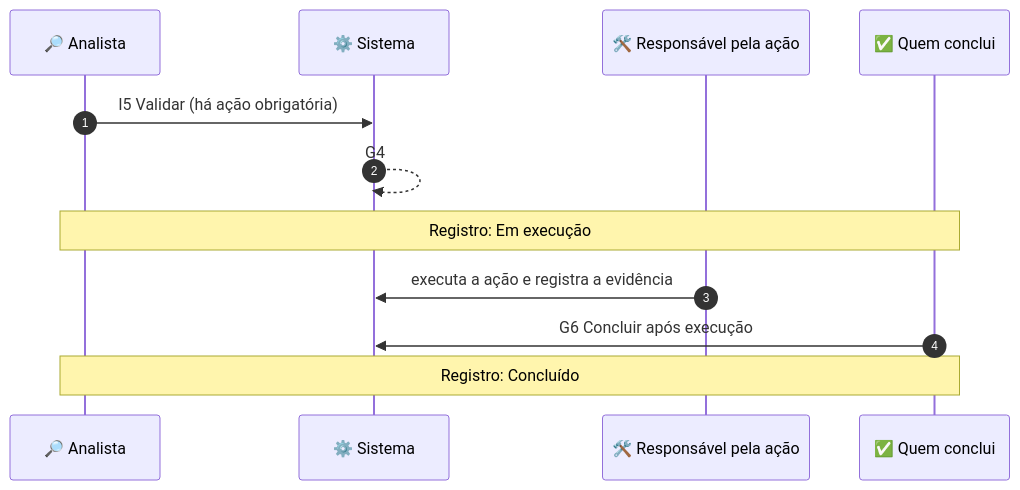
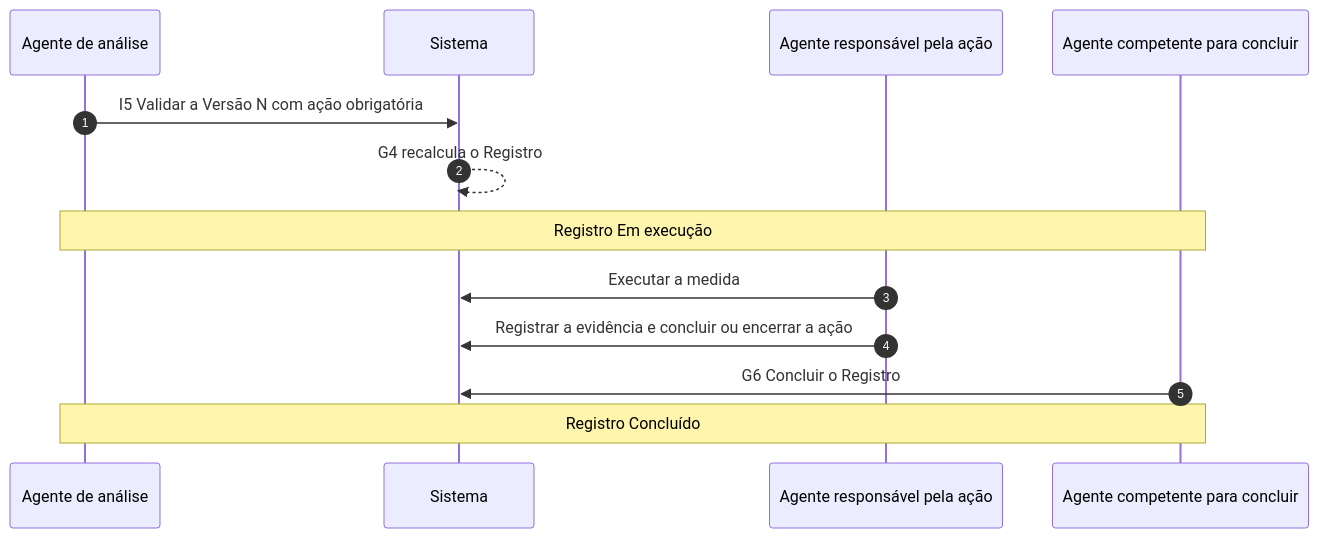
One commit to ailtonfv/governanca-lgpd-hortolandia changed the sixth of 9 diagrams in docs/arquitetura/MAPA_M1a.md. Above: the diagram before and after it, drawn with Mermaid. The commit also changed other lines of this file, not shown here.

````diff
--- a/docs/arquitetura/MAPA_M1a.md
+++ b/docs/arquitetura/MAPA_M1a.md
@@ -193,14 +300,16 @@
 ```mermaid
 sequenceDiagram
     autonumber
-    participant A as 🔎 Analista
-    participant S as ⚙️ Sistema
-    participant R as 🛠️ Responsável pela ação
-    participant C as ✅ Quem conclui
-    A->>S: I5 Validar (há ação obrigatória)
-    S-->>S: G4
-    Note over A,C: Registro: Em execução
-    R->>S: executa a ação e registra a evidência
-    C->>S: G6 Concluir após execução
-    Note over A,C: Registro: Concluído
+    participant A as Agente de análise
+    participant S as Sistema
+    participant R as Agente responsável pela ação
+    participant C as Agente competente para concluir
+
+    A->>S: I5 Validar a Versão N com ação obrigatória
+    S-->>S: G4 recalcula o Registro
+    Note over A,C: Registro Em execução
+    R->>S: Executar a medida
+    R->>S: Registrar a evidência e concluir ou encerrar a ação
+    C->>S: G6 Concluir o Registro
+    Note over A,C: Registro Concluído
 ```
````
